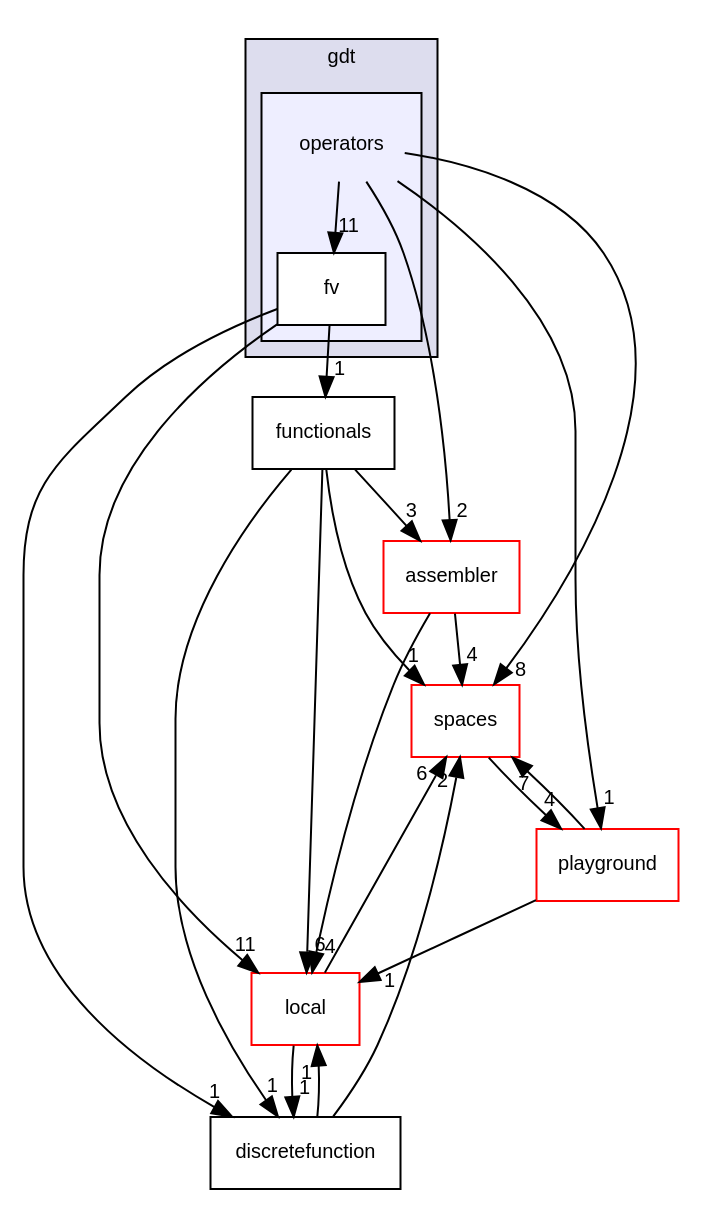
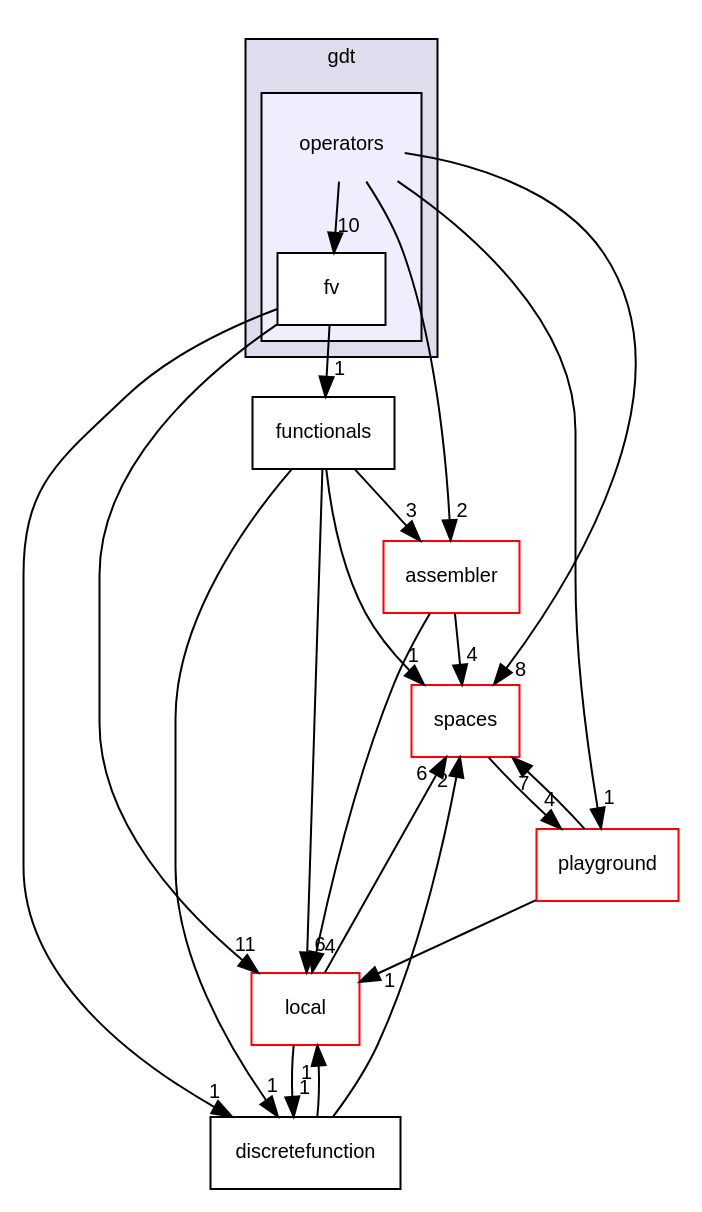
The diagram in docs/dune-gdt/master/dir_8eae17099f455a1cfbd2c25e13098b8a_dep.dot (dune-community/dune-community.github.io), drawn with Graphviz before and after one commit. The commit also changed 3425 other files, not shown here.

```diff
--- a/docs/dune-gdt/master/dir_8eae17099f455a1cfbd2c25e13098b8a_dep.dot
+++ b/docs/dune-gdt/master/dir_8eae17099f455a1cfbd2c25e13098b8a_dep.dot
@@ -1,39 +1,39 @@
 digraph "operators" {
   compound=true
   node [ fontsize="10", fontname="Helvetica"];
   edge [ labelfontsize="10", labelfontname="Helvetica"];
   subgraph clusterdir_34906b46abd2322068aa0195bd244708 {
     graph [ bgcolor="#ddddee", pencolor="black", label="gdt" fontname="Helvetica", fontsize="10", URL="dir_34906b46abd2322068aa0195bd244708.html"]
   subgraph clusterdir_8eae17099f455a1cfbd2c25e13098b8a {
     graph [ bgcolor="#eeeeff", pencolor="black", label="" URL="dir_8eae17099f455a1cfbd2c25e13098b8a.html"];
     dir_8eae17099f455a1cfbd2c25e13098b8a [shape=plaintext label="operators"];
     dir_8fbd9d79de26bd0c08e4e5fb2ef2e7c5 [shape=box label="fv" color="black" fillcolor="white" style="filled" URL="dir_8fbd9d79de26bd0c08e4e5fb2ef2e7c5.html"];
   }
   }
   dir_e5964b6fd5a6d82d96e1215fe4a1a66d [shape=box label="local" fillcolor="white" style="filled" color="red" URL="dir_e5964b6fd5a6d82d96e1215fe4a1a66d.html"];
   dir_e555b9af892587a8ff0beb600029e8f8 [shape=box label="discretefunction" URL="dir_e555b9af892587a8ff0beb600029e8f8.html"];
   dir_43d0cc378a1b7044a9ebea179385123e [shape=box label="spaces" fillcolor="white" style="filled" color="red" URL="dir_43d0cc378a1b7044a9ebea179385123e.html"];
   dir_1eea3f25d96e3194dad91b986d4f2dcc [shape=box label="playground" fillcolor="white" style="filled" color="red" URL="dir_1eea3f25d96e3194dad91b986d4f2dcc.html"];
   dir_4c554f9d783d63f5e41bbf46d8f2008d [shape=box label="assembler" fillcolor="white" style="filled" color="red" URL="dir_4c554f9d783d63f5e41bbf46d8f2008d.html"];
   dir_a1591cda0d63e65779075ba0a12732f6 [shape=box label="functionals" URL="dir_a1591cda0d63e65779075ba0a12732f6.html"];
-  dir_8fbd9d79de26bd0c08e4e5fb2ef2e7c5->dir_e5964b6fd5a6d82d96e1215fe4a1a66d [headlabel="11", labeldistance=1.5 headhref="dir_000013_000010.html"];
-  dir_8fbd9d79de26bd0c08e4e5fb2ef2e7c5->dir_e555b9af892587a8ff0beb600029e8f8 [headlabel="1", labeldistance=1.5 headhref="dir_000013_000017.html"];
-  dir_8fbd9d79de26bd0c08e4e5fb2ef2e7c5->dir_a1591cda0d63e65779075ba0a12732f6 [headlabel="1", labeldistance=1.5 headhref="dir_000013_000011.html"];
-  dir_e5964b6fd5a6d82d96e1215fe4a1a66d->dir_e555b9af892587a8ff0beb600029e8f8 [headlabel="1", labeldistance=1.5 headhref="dir_000010_000017.html"];
-  dir_e5964b6fd5a6d82d96e1215fe4a1a66d->dir_43d0cc378a1b7044a9ebea179385123e [headlabel="6", labeldistance=1.5 headhref="dir_000010_000007.html"];
-  dir_e555b9af892587a8ff0beb600029e8f8->dir_e5964b6fd5a6d82d96e1215fe4a1a66d [headlabel="1", labeldistance=1.5 headhref="dir_000017_000010.html"];
-  dir_e555b9af892587a8ff0beb600029e8f8->dir_43d0cc378a1b7044a9ebea179385123e [headlabel="2", labeldistance=1.5 headhref="dir_000017_000007.html"];
-  dir_43d0cc378a1b7044a9ebea179385123e->dir_1eea3f25d96e3194dad91b986d4f2dcc [headlabel="4", labeldistance=1.5 headhref="dir_000007_000014.html"];
-  dir_8eae17099f455a1cfbd2c25e13098b8a->dir_8fbd9d79de26bd0c08e4e5fb2ef2e7c5 [headlabel="11", labeldistance=1.5 headhref="dir_000012_000013.html"];
-  dir_8eae17099f455a1cfbd2c25e13098b8a->dir_43d0cc378a1b7044a9ebea179385123e [headlabel="8", labeldistance=1.5 headhref="dir_000012_000007.html"];
-  dir_8eae17099f455a1cfbd2c25e13098b8a->dir_1eea3f25d96e3194dad91b986d4f2dcc [headlabel="1", labeldistance=1.5 headhref="dir_000012_000014.html"];
-  dir_8eae17099f455a1cfbd2c25e13098b8a->dir_4c554f9d783d63f5e41bbf46d8f2008d [headlabel="2", labeldistance=1.5 headhref="dir_000012_000005.html"];
-  dir_1eea3f25d96e3194dad91b986d4f2dcc->dir_e5964b6fd5a6d82d96e1215fe4a1a66d [headlabel="1", labeldistance=1.5 headhref="dir_000014_000010.html"];
-  dir_1eea3f25d96e3194dad91b986d4f2dcc->dir_43d0cc378a1b7044a9ebea179385123e [headlabel="7", labeldistance=1.5 headhref="dir_000014_000007.html"];
-  dir_4c554f9d783d63f5e41bbf46d8f2008d->dir_e5964b6fd5a6d82d96e1215fe4a1a66d [headlabel="4", labeldistance=1.5 headhref="dir_000005_000010.html"];
-  dir_4c554f9d783d63f5e41bbf46d8f2008d->dir_43d0cc378a1b7044a9ebea179385123e [headlabel="4", labeldistance=1.5 headhref="dir_000005_000007.html"];
-  dir_a1591cda0d63e65779075ba0a12732f6->dir_e5964b6fd5a6d82d96e1215fe4a1a66d [headlabel="6", labeldistance=1.5 headhref="dir_000011_000010.html"];
-  dir_a1591cda0d63e65779075ba0a12732f6->dir_e555b9af892587a8ff0beb600029e8f8 [headlabel="1", labeldistance=1.5 headhref="dir_000011_000017.html"];
-  dir_a1591cda0d63e65779075ba0a12732f6->dir_43d0cc378a1b7044a9ebea179385123e [headlabel="1", labeldistance=1.5 headhref="dir_000011_000007.html"];
-  dir_a1591cda0d63e65779075ba0a12732f6->dir_4c554f9d783d63f5e41bbf46d8f2008d [headlabel="3", labeldistance=1.5 headhref="dir_000011_000005.html"];
+  dir_8fbd9d79de26bd0c08e4e5fb2ef2e7c5->dir_e5964b6fd5a6d82d96e1215fe4a1a66d [headlabel="11", labeldistance=1.5 headhref="dir_000006_000012.html"];
+  dir_8fbd9d79de26bd0c08e4e5fb2ef2e7c5->dir_e555b9af892587a8ff0beb600029e8f8 [headlabel="1", labeldistance=1.5 headhref="dir_000006_000018.html"];
+  dir_8fbd9d79de26bd0c08e4e5fb2ef2e7c5->dir_a1591cda0d63e65779075ba0a12732f6 [headlabel="1", labeldistance=1.5 headhref="dir_000006_000013.html"];
+  dir_e5964b6fd5a6d82d96e1215fe4a1a66d->dir_e555b9af892587a8ff0beb600029e8f8 [headlabel="1", labeldistance=1.5 headhref="dir_000012_000018.html"];
+  dir_e5964b6fd5a6d82d96e1215fe4a1a66d->dir_43d0cc378a1b7044a9ebea179385123e [headlabel="6", labeldistance=1.5 headhref="dir_000012_000009.html"];
+  dir_e555b9af892587a8ff0beb600029e8f8->dir_e5964b6fd5a6d82d96e1215fe4a1a66d [headlabel="1", labeldistance=1.5 headhref="dir_000018_000012.html"];
+  dir_e555b9af892587a8ff0beb600029e8f8->dir_43d0cc378a1b7044a9ebea179385123e [headlabel="2", labeldistance=1.5 headhref="dir_000018_000009.html"];
+  dir_43d0cc378a1b7044a9ebea179385123e->dir_1eea3f25d96e3194dad91b986d4f2dcc [headlabel="4", labeldistance=1.5 headhref="dir_000009_000015.html"];
+  dir_8eae17099f455a1cfbd2c25e13098b8a->dir_8fbd9d79de26bd0c08e4e5fb2ef2e7c5 [headlabel="10", labeldistance=1.5 headhref="dir_000005_000006.html"];
+  dir_8eae17099f455a1cfbd2c25e13098b8a->dir_43d0cc378a1b7044a9ebea179385123e [headlabel="8", labeldistance=1.5 headhref="dir_000005_000009.html"];
+  dir_8eae17099f455a1cfbd2c25e13098b8a->dir_1eea3f25d96e3194dad91b986d4f2dcc [headlabel="1", labeldistance=1.5 headhref="dir_000005_000015.html"];
+  dir_8eae17099f455a1cfbd2c25e13098b8a->dir_4c554f9d783d63f5e41bbf46d8f2008d [headlabel="2", labeldistance=1.5 headhref="dir_000005_000007.html"];
+  dir_1eea3f25d96e3194dad91b986d4f2dcc->dir_e5964b6fd5a6d82d96e1215fe4a1a66d [headlabel="1", labeldistance=1.5 headhref="dir_000015_000012.html"];
+  dir_1eea3f25d96e3194dad91b986d4f2dcc->dir_43d0cc378a1b7044a9ebea179385123e [headlabel="7", labeldistance=1.5 headhref="dir_000015_000009.html"];
+  dir_4c554f9d783d63f5e41bbf46d8f2008d->dir_e5964b6fd5a6d82d96e1215fe4a1a66d [headlabel="4", labeldistance=1.5 headhref="dir_000007_000012.html"];
+  dir_4c554f9d783d63f5e41bbf46d8f2008d->dir_43d0cc378a1b7044a9ebea179385123e [headlabel="4", labeldistance=1.5 headhref="dir_000007_000009.html"];
+  dir_a1591cda0d63e65779075ba0a12732f6->dir_e5964b6fd5a6d82d96e1215fe4a1a66d [headlabel="6", labeldistance=1.5 headhref="dir_000013_000012.html"];
+  dir_a1591cda0d63e65779075ba0a12732f6->dir_e555b9af892587a8ff0beb600029e8f8 [headlabel="1", labeldistance=1.5 headhref="dir_000013_000018.html"];
+  dir_a1591cda0d63e65779075ba0a12732f6->dir_43d0cc378a1b7044a9ebea179385123e [headlabel="1", labeldistance=1.5 headhref="dir_000013_000009.html"];
+  dir_a1591cda0d63e65779075ba0a12732f6->dir_4c554f9d783d63f5e41bbf46d8f2008d [headlabel="3", labeldistance=1.5 headhref="dir_000013_000007.html"];
 }
```
